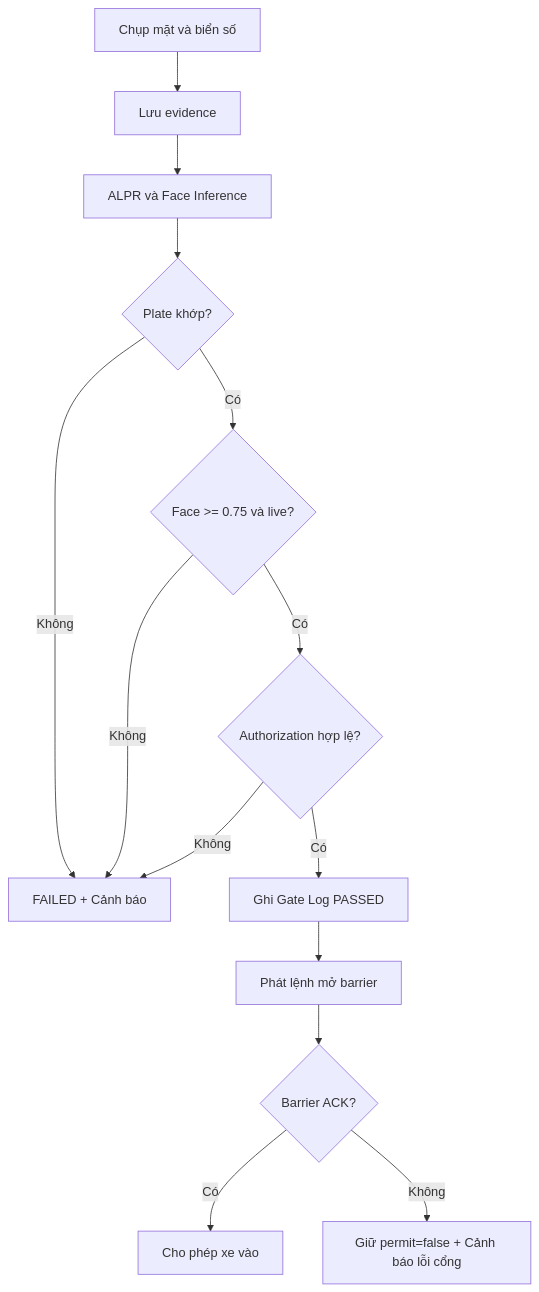
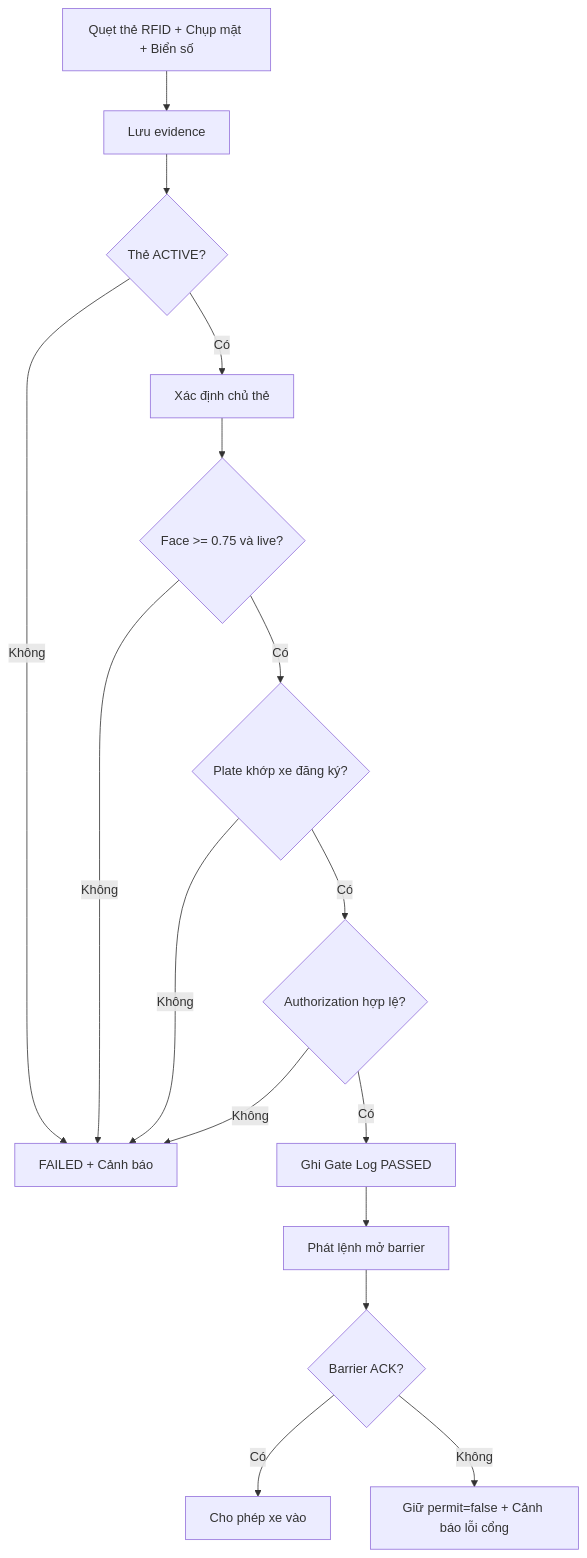
Before and after one commit to vHozang/ev-smart-gate: the second of 2 diagrams in README.md, drawn with Mermaid. The commit also changed other lines of this file and 6 other files, not shown here.

````diff
--- a/README.md
+++ b/README.md
@@ -301,16 +303,18 @@
 ```mermaid
 flowchart TD
-    A[Chụp mặt và biển số] --> B[Lưu evidence]
-    B --> C[ALPR và Face Inference]
-    C --> D{Plate khớp?}
-    D -- Không --> X[FAILED + Cảnh báo]
-    D -- Có --> E{Face >= 0.75 và live?}
+    A[Quẹt thẻ RFID + Chụp mặt + Biển số] --> B[Lưu evidence]
+    B --> C{Thẻ ACTIVE?}
+    C -- Không --> X[FAILED + Cảnh báo]
+    C -- Có --> D[Xác định chủ thẻ]
+    D --> E{Face >= 0.75 và live?}
     E -- Không --> X
-    E -- Có --> F{Authorization hợp lệ?}
+    E -- Có --> F{Plate khớp xe đăng ký?}
     F -- Không --> X
-    F -- Có --> G[Ghi Gate Log PASSED]
-    G --> H[Phát lệnh mở barrier]
-    H --> I{Barrier ACK?}
-    I -- Có --> J[Cho phép xe vào]
-    I -- Không --> K[Giữ permit=false + Cảnh báo lỗi cổng]
+    F -- Có --> G{Authorization hợp lệ?}
+    G -- Không --> X
+    G -- Có --> H[Ghi Gate Log PASSED]
+    H --> I[Phát lệnh mở barrier]
+    I --> J{Barrier ACK?}
+    J -- Có --> K[Cho phép xe vào]
+    J -- Không --> L[Giữ permit=false + Cảnh báo lỗi cổng]
 ```
````
